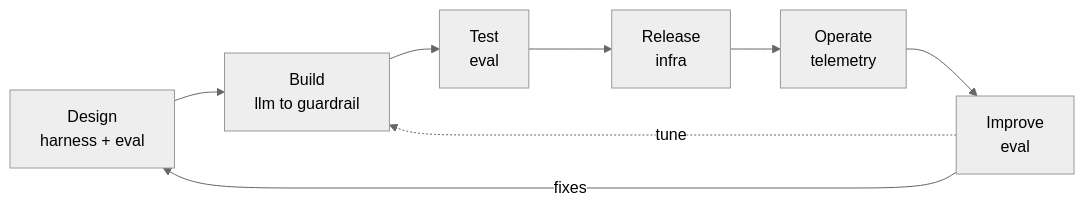
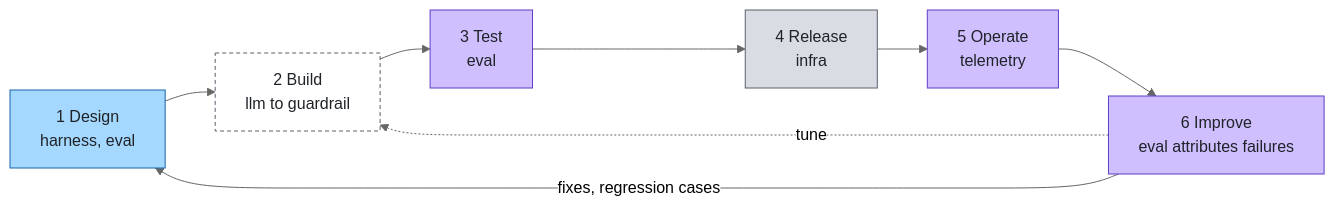
The diagram in docs/lifecycle.md (aantenore/agent-layers), drawn with Mermaid (neutral theme) before and after one commit. The commit also changed 17 other files, not shown here.

Commit message:
docs: stack overview figure and diagrams for every layer, journey, profiles and threats

````diff
--- a/docs/lifecycle.md
+++ b/docs/lifecycle.md
@@ -6,10 +6,14 @@
 ```mermaid
 flowchart LR
-  design[Design<br/>harness + eval] --> build[Build<br/>llm to guardrail]
-  build --> test[Test<br/>eval]
-  test --> release[Release<br/>infra]
-  release --> operate[Operate<br/>telemetry]
-  operate --> improve[Improve<br/>eval]
-  improve -->|fixes| design
-  improve -.->|tune| build
+  design["1 Design<br/>harness, eval"]:::agent --> build["2 Build<br/>llm to guardrail"]:::external
+  build --> test["3 Test<br/>eval"]:::insight
+  test --> release["4 Release<br/>infra"]:::foundation
+  release --> operate["5 Operate<br/>telemetry"]:::insight
+  operate --> improve["6 Improve<br/>eval attributes failures"]:::insight
+  improve -->|"fixes, regression cases"| design
+  improve -.->|"tune"| build
+  classDef foundation fill:#d9dde3,stroke:#57606a,color:#1f2328
+  classDef agent fill:#a5d8ff,stroke:#1864ab,color:#1f2328
+  classDef insight fill:#d0bfff,stroke:#5f3dc4,color:#1f2328
+  classDef external fill:#ffffff,stroke:#57606a,color:#1f2328,stroke-dasharray:4 3
 ```
````
